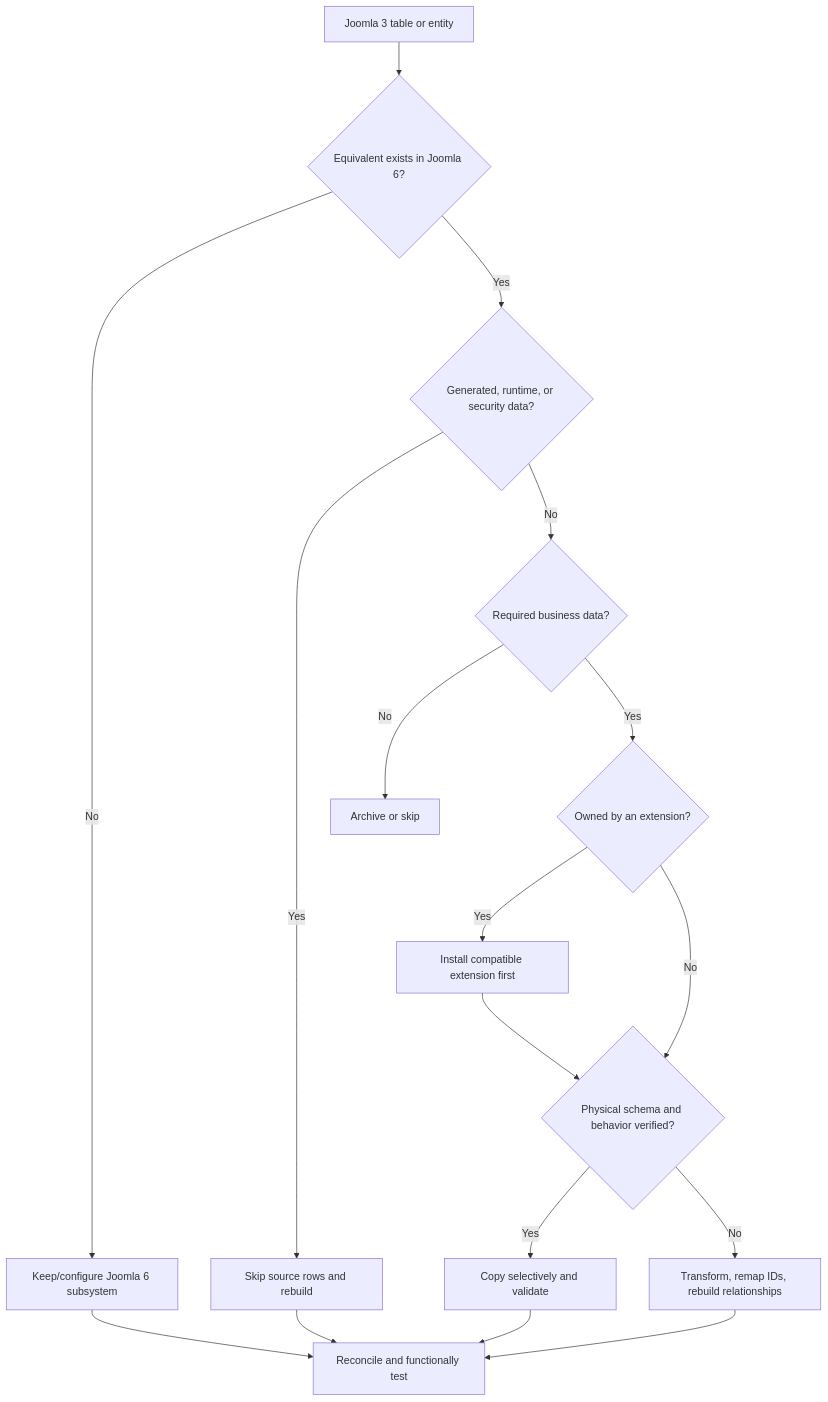
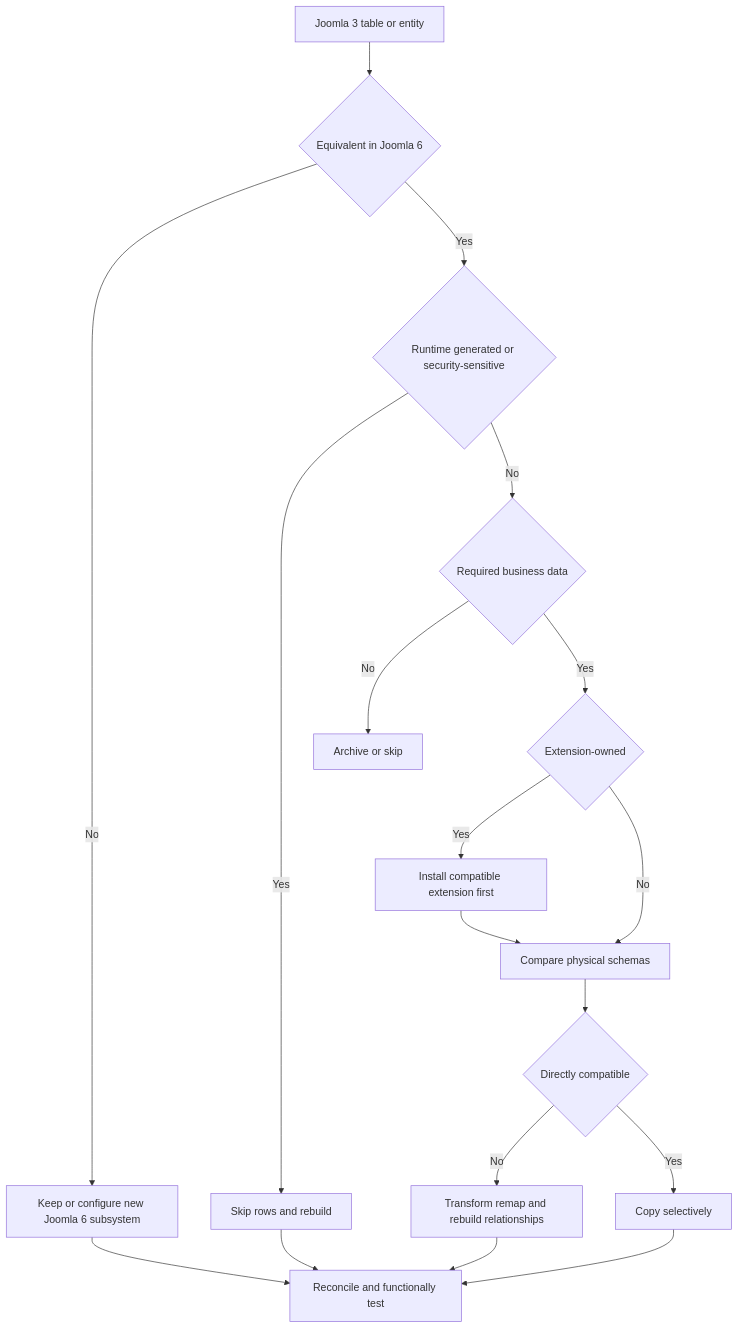
Before and after one commit to duyduyly/php-notebook: diagram 15 of 15 in docs/joomla/learning/database/joomla3-vs-joomla6-erd-gap-diagrams.md, drawn with Mermaid. The commit also changed other lines of this file, not shown here.

Commit message:
docs: fix Mermaid ERD gaps and add side-by-side table comparisons

````diff
--- a/docs/joomla/learning/database/joomla3-vs-joomla6-erd-gap-diagrams.md
+++ b/docs/joomla/learning/database/joomla3-vs-joomla6-erd-gap-diagrams.md
@@ -726,32 +481,20 @@
 ```mermaid
 flowchart TD
-    ENTITY["Joomla 3 table or entity"]
-    EQUIV{"Equivalent exists in Joomla 6?"}
-    GENERATED{"Generated, runtime, or security data?"}
-    BUSINESS{"Required business data?"}
-    EXTOWNED{"Owned by an extension?"}
-    VERIFIED{"Physical schema and behavior verified?"}
-
-    ENTITY --> EQUIV
-
-    EQUIV -->|No| TARGETNEW["Keep/configure Joomla 6 subsystem"]
-    EQUIV -->|Yes| GENERATED
-
-    GENERATED -->|Yes| REBUILD["Skip source rows and rebuild"]
-    GENERATED -->|No| BUSINESS
-
+    SOURCE["Joomla 3 table or entity"] --> EXISTS{"Equivalent in Joomla 6"}
+    EXISTS -->|No| NEW["Keep or configure new Joomla 6 subsystem"]
+    EXISTS -->|Yes| GENERATED{"Runtime generated or security-sensitive"}
+    GENERATED -->|Yes| REBUILD["Skip rows and rebuild"]
+    GENERATED -->|No| BUSINESS{"Required business data"}
     BUSINESS -->|No| SKIP["Archive or skip"]
-    BUSINESS -->|Yes| EXTOWNED
-
-    EXTOWNED -->|Yes| INSTALL["Install compatible extension first"]
-    EXTOWNED -->|No| VERIFIED
-    INSTALL --> VERIFIED
-
-    VERIFIED -->|Yes| COPY["Copy selectively and validate"]
-    VERIFIED -->|No| TRANSFORM["Transform, remap IDs, rebuild relationships"]
-
-    TARGETNEW --> TEST["Reconcile and functionally test"]
+    BUSINESS -->|Yes| EXTENSION{"Extension-owned"}
+    EXTENSION -->|Yes| INSTALL["Install compatible extension first"]
+    EXTENSION -->|No| COMPARE["Compare physical schemas"]
+    INSTALL --> COMPARE
+    COMPARE --> SAFE{"Directly compatible"}
+    SAFE -->|No| TRANSFORM["Transform remap and rebuild relationships"]
+    SAFE -->|Yes| COPY["Copy selectively"]
+    TRANSFORM --> TEST["Reconcile and functionally test"]
+    COPY --> TEST
+    NEW --> TEST
     REBUILD --> TEST
-    COPY --> TEST
-    TRANSFORM --> TEST
 ```
````
